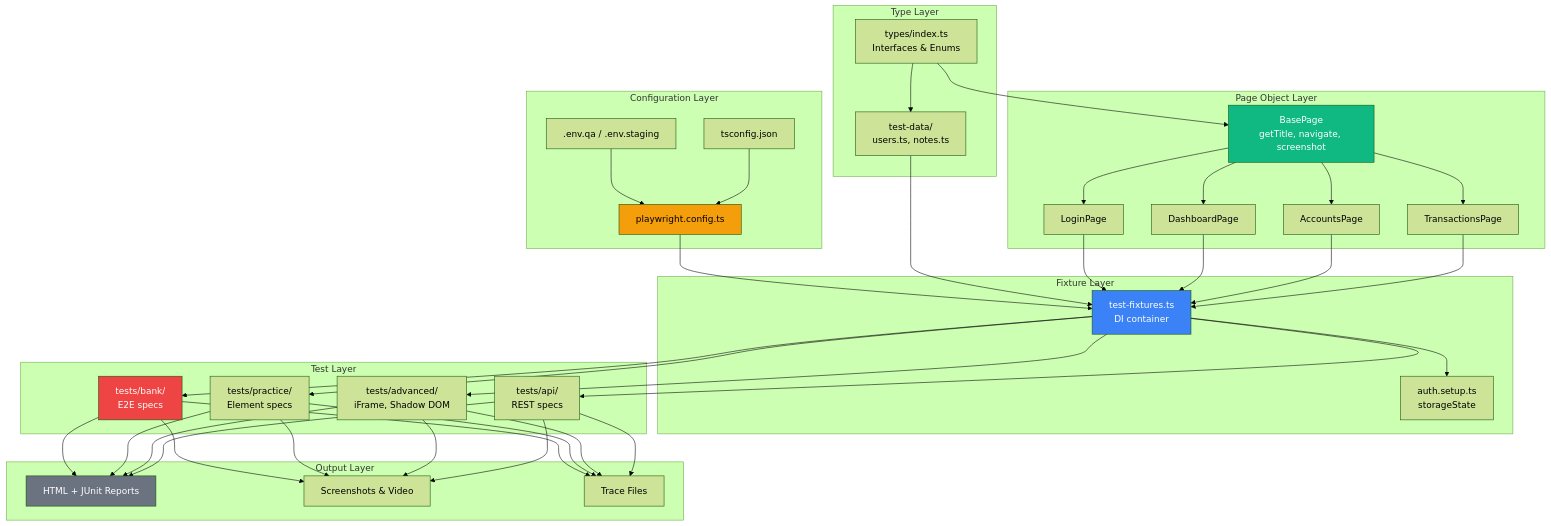
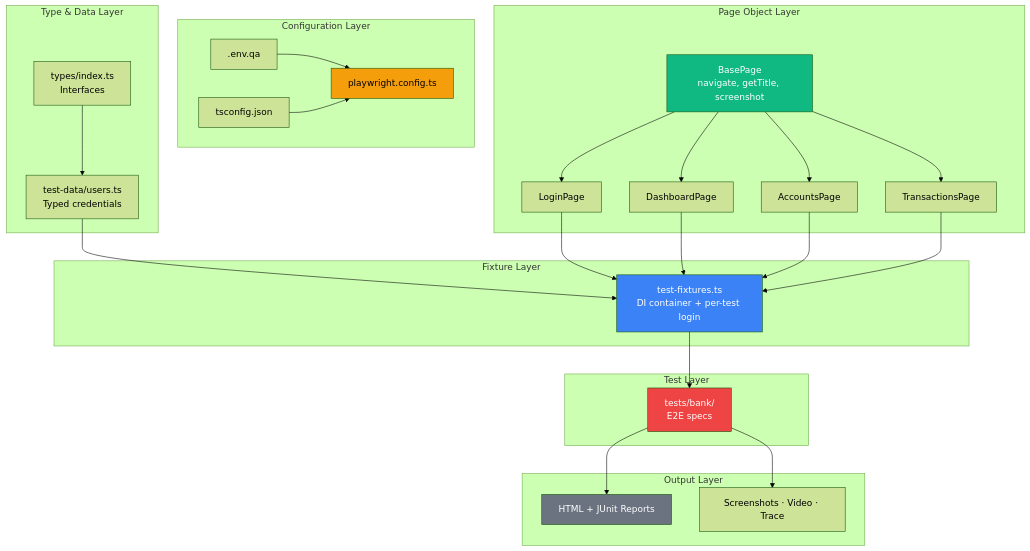
The diagram in README.md (HK1947/playwright-master), drawn with Mermaid (forest theme) before and after one commit. The commit also changed other lines of this file and 17 other files, not shown here.

First line of the commit message:
fix: replace broken storageState auth with per-test login; cleanups

````diff
--- a/README.md
+++ b/README.md
@@ -51,57 +55,49 @@
 ```mermaid
 graph TB
     subgraph "Configuration Layer"
         CONFIG["playwright.config.ts"]
-        ENV[".env.qa / .env.staging"]
+        ENV[".env.qa"]
         TS["tsconfig.json"]
     end
 
-    subgraph "Type Layer"
-        TYPES["types/index.ts<br/>Interfaces &amp; Enums"]
-        DATA["test-data/<br/>users.ts, notes.ts"]
+    subgraph "Type & Data Layer"
+        TYPES["types/index.ts<br/>Interfaces"]
+        DATA["test-data/users.ts<br/>Typed credentials"]
     end
 
     subgraph "Page Object Layer"
-        BASE["BasePage<br/>getTitle, navigate, screenshot"]
+        BASE["BasePage<br/>navigate, getTitle, screenshot"]
         LOGIN["LoginPage"]
         DASH["DashboardPage"]
         ACCT["AccountsPage"]
         TXN["TransactionsPage"]
     end
 
     subgraph "Fixture Layer"
-        FIX["test-fixtures.ts<br/>DI container"]
-        AUTH["auth.setup.ts<br/>storageState"]
+        FIX["test-fixtures.ts<br/>DI container + per-test login"]
     end
 
     subgraph "Test Layer"
         BANK["tests/bank/<br/>E2E specs"]
-        PRAC["tests/practice/<br/>Element specs"]
-        ADV["tests/advanced/<br/>iFrame, Shadow DOM"]
-        API["tests/api/<br/>REST specs"]
     end
 
     subgraph "Output Layer"
         RPT["HTML + JUnit Reports"]
-        SCREEN["Screenshots &amp; Video"]
-        TRACE["Trace Files"]
+        ARTIFACTS["Screenshots · Video · Trace"]
     end
 
-    CONFIG --> FIX
     ENV --> CONFIG
     TS --> CONFIG
     TYPES --> DATA
-    TYPES --> BASE
+    BASE --> LOGIN & DASH & ACCT & TXN
     DATA --> FIX
-    BASE --> LOGIN & DASH & ACCT & TXN
-    FIX --> AUTH
     LOGIN & DASH & ACCT & TXN --> FIX
-    FIX --> BANK & PRAC & ADV & API
-    BANK & PRAC & ADV & API --> RPT & SCREEN & TRACE
+    FIX --> BANK
+    BANK --> RPT & ARTIFACTS
 
     style CONFIG fill:#f59e0b,color:#000
     style FIX fill:#3b82f6,color:#fff
     style BASE fill:#10b981,color:#fff
     style BANK fill:#ef4444,color:#fff
     style RPT fill:#6b7280,color:#fff
 ```
````
